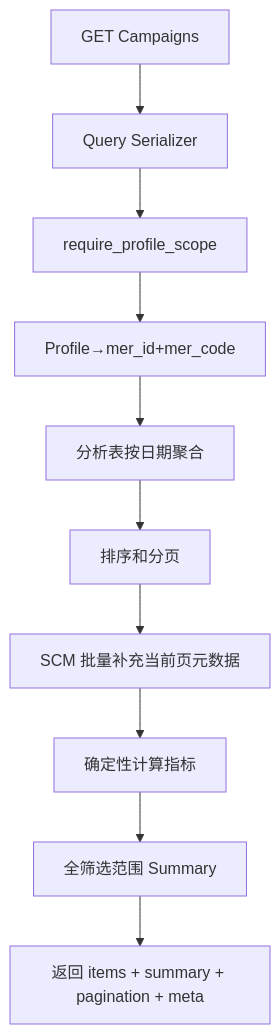
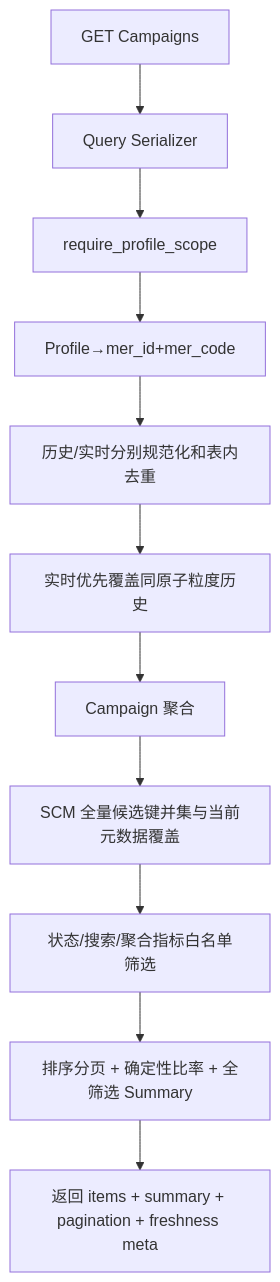
The third of 4 diagrams in docs/technical-design/2026-08-amazon-ads-campaign-section-design-v2.md (Master-Zhao/amazon), drawn with Mermaid before and after one commit. The commit also changed other lines of this file and 55 other files, not shown here.

```diff
--- a/docs/technical-design/2026-08-amazon-ads-campaign-section-design-v2.md
+++ b/docs/technical-design/2026-08-amazon-ads-campaign-section-design-v2.md
@@ -862,15 +931,16 @@
 ~~~mermaid
 flowchart TD
     A["GET Campaigns"]
     B["Query Serializer"]
     C["require_profile_scope"]
     D["Profile→mer_id+mer_code"]
-    E["分析表按日期聚合"]
-    F["排序和分页"]
-    G["SCM 批量补充当前页元数据"]
-    H["确定性计算指标"]
-    I["全筛选范围 Summary"]
-    J["返回 items + summary + pagination + meta"]
+    E["历史/实时分别规范化和表内去重"]
+    F["实时优先覆盖同原子粒度历史"]
+    G["Campaign 聚合"]
+    H["SCM 全量候选键并集与当前元数据覆盖"]
+    I["状态/搜索/聚合指标白名单筛选"]
+    J["排序分页 + 确定性比率 + 全筛选 Summary"]
+    K["返回 items + summary + pagination + freshness meta"]
 
-    A --> B --> C --> D --> E --> F --> G --> H --> I --> J
+    A --> B --> C --> D --> E --> F --> G --> H --> I --> J --> K
 ~~~
```
